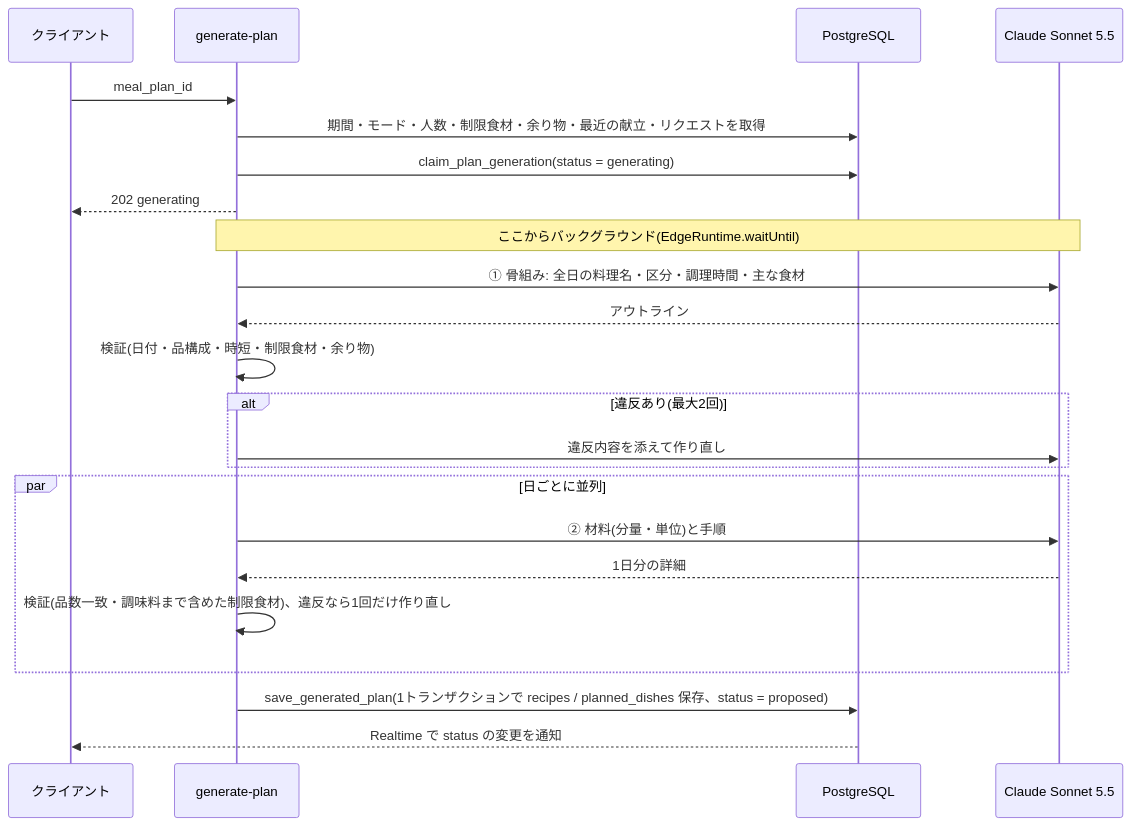
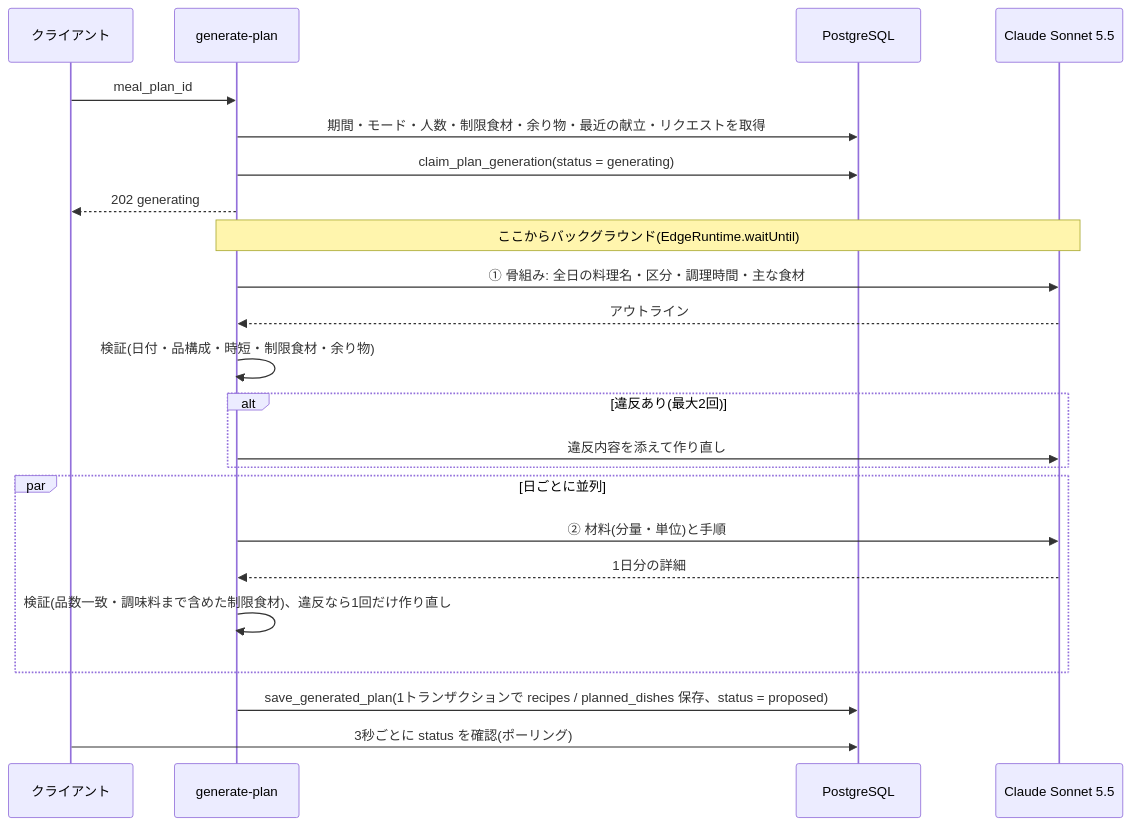
The fifth of 5 diagrams in docs/02_design.md (koshio123/kondate-app), drawn with Mermaid before and after one commit. The commit also changed other lines of this file and 24 other files, not shown here.

````diff
--- a/docs/02_design.md
+++ b/docs/02_design.md
@@ -327,26 +327,26 @@
 ```mermaid
 sequenceDiagram
   participant C as クライアント
   participant F as generate-plan
   participant DB as PostgreSQL
   participant L as Claude Sonnet 5.5
 
   C->>F: meal_plan_id
   F->>DB: 期間・モード・人数・制限食材・余り物・最近の献立・リクエストを取得
   F->>DB: claim_plan_generation(status = generating)
   F-->>C: 202 generating
   Note over F,L: ここからバックグラウンド(EdgeRuntime.waitUntil)
   F->>L: ① 骨組み: 全日の料理名・区分・調理時間・主な食材
   L-->>F: アウトライン
   F->>F: 検証(日付・品構成・時短・制限食材・余り物)
   alt 違反あり(最大2回)
     F->>L: 違反内容を添えて作り直し
   end
   par 日ごとに並列
     F->>L: ② 材料(分量・単位)と手順
     L-->>F: 1日分の詳細
     F->>F: 検証(品数一致・調味料まで含めた制限食材)、違反なら1回だけ作り直し
   end
   F->>DB: save_generated_plan(1トランザクションで recipes / planned_dishes 保存、status = proposed)
-  DB-->>C: Realtime で status の変更を通知
+  C->>DB: 3秒ごとに status を確認(ポーリング)
 ```
````
